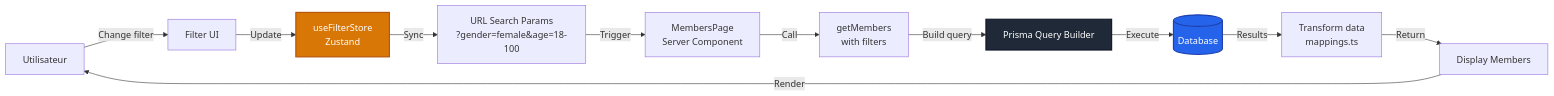
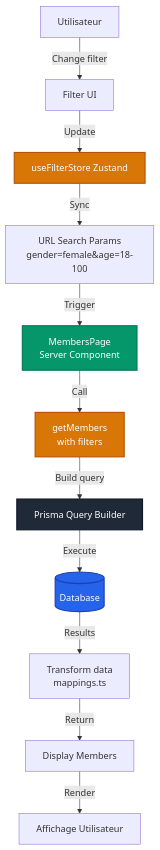
Diagram 31 of 32 in documentation/16-diagrammes-architecture.md (inskillflow/next-auth-demo-2-match), drawn with Mermaid before and after one commit. The commit also changed other lines of this file, not shown here.

````diff
--- a/documentation/16-diagrammes-architecture.md
+++ b/documentation/16-diagrammes-architecture.md
@@ -1380,26 +1393,30 @@
 ```mermaid
-flowchart LR
-    User[Utilisateur] -->|Change filter| UI[Filter UI]
+flowchart TD
+    User[Utilisateur]
     
-    UI -->|Update| Store[useFilterStore<br/>Zustand]
+    User -->|Change filter| UI["Filter UI"]
     
-    Store -->|Sync| URL[URL Search Params<br/>?gender=female&age=18-100]
+    UI -->|Update| Store["useFilterStore Zustand"]
     
-    URL -->|Trigger| ServerComponent[MembersPage<br/>Server Component]
+    Store -->|Sync| URL["URL Search Params<br/>gender=female&age=18-100"]
     
-    ServerComponent -->|Call| Action[getMembers<br/>with filters]
+    URL -->|Trigger| ServerComponent["MembersPage<br/>Server Component"]
     
-    Action -->|Build query| Prisma[Prisma Query Builder]
+    ServerComponent -->|Call| Action["getMembers<br/>with filters"]
     
-    Prisma -->|Execute| DB[(Database)]
+    Action -->|Build query| Prisma["Prisma Query Builder"]
     
-    DB -->|Results| Transform[Transform data<br/>mappings.ts]
+    Prisma -->|Execute| DB[("Database")]
     
-    Transform -->|Return| Display[Display Members]
+    DB -->|Results| Transform["Transform data<br/>mappings.ts"]
     
-    Display -->|Render| User
+    Transform -->|Return| Display["Display Members"]
+    
+    Display -->|Render| UserDisplay["Affichage Utilisateur"]
     
     style Store fill:#d97706,stroke:#b45309,stroke-width:2px,color:#fff
     style DB fill:#2563eb,stroke:#1e40af,stroke-width:2px,color:#fff
     style Prisma fill:#1f2937,stroke:#111827,stroke-width:2px,color:#fff
+    style ServerComponent fill:#059669,stroke:#047857,stroke-width:2px,color:#fff
+    style Action fill:#d97706,stroke:#b45309,stroke-width:2px,color:#fff
 ```
````
